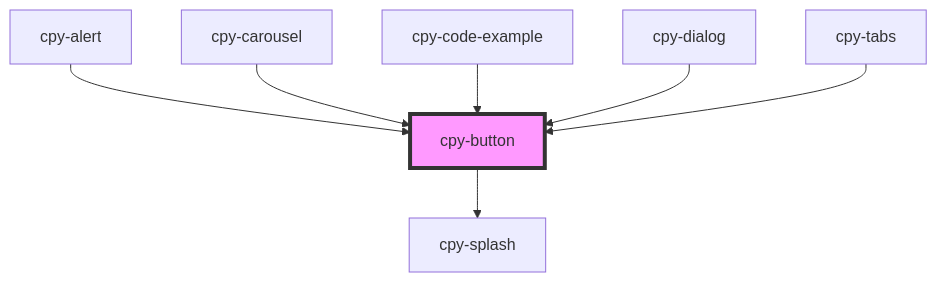
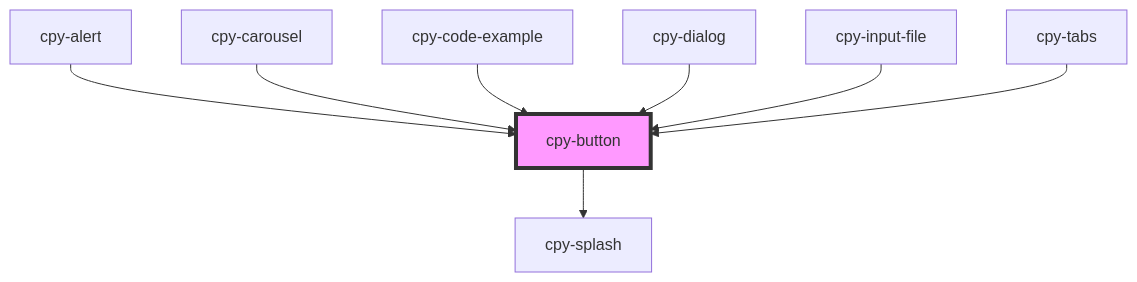
The diagram in stencil-lib/src/components/button/readme.md (Lith1um/Canopy-Stencil), drawn with Mermaid before and after one commit. The commit also changed other lines of this file and 21 other files, not shown here.

````diff
--- a/stencil-lib/src/components/button/readme.md
+++ b/stencil-lib/src/components/button/readme.md
@@ -41,10 +42,11 @@
 ```mermaid
 graph TD;
   cpy-button --> cpy-splash
   cpy-alert --> cpy-button
   cpy-carousel --> cpy-button
   cpy-code-example --> cpy-button
   cpy-dialog --> cpy-button
+  cpy-input-file --> cpy-button
   cpy-tabs --> cpy-button
   style cpy-button fill:#f9f,stroke:#333,stroke-width:4px
 ```
````
